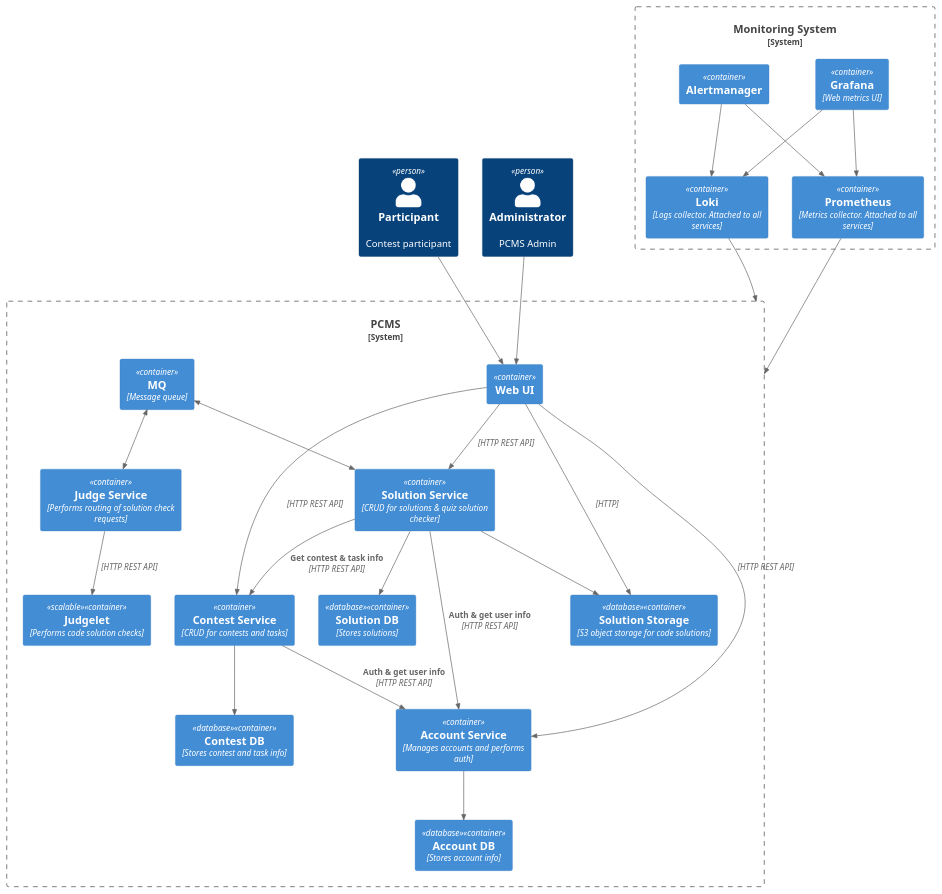
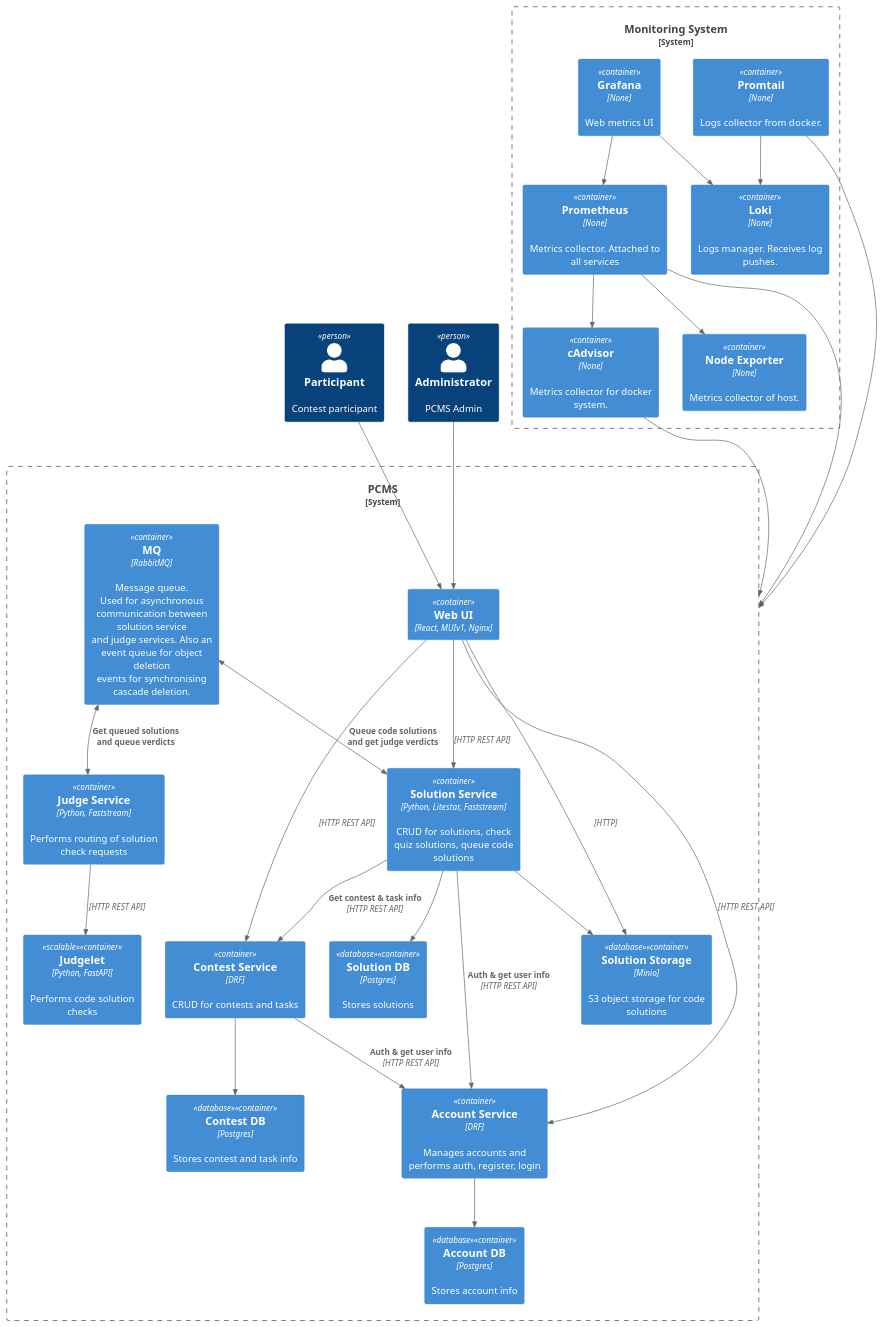
The diagram in docs/arch/containers.puml (Tapeline/Dockingjudge), drawn with PlantUML before and after one commit. The commit also changed 10 other files, not shown here.

```diff
--- a/docs/arch/containers.puml
+++ b/docs/arch/containers.puml
@@ -1,71 +1,77 @@
 @startuml
 !include <C4/C4_Container>
 System_Boundary(PCMS,"PCMS"){
-    Container(Web_UI, "Web UI", "",$tags="")
-    Container(Account_Service, "Account Service", "Manages accounts and performs auth",$tags="")
-    Container(Account_DB, "Account DB", "Stores account info",$tags="database")
-    Container(Contest_Service, "Contest Service", "CRUD for contests and tasks",$tags="")
-    Container(Contest_DB, "Contest DB", "Stores contest and task info",$tags="database")
-    Container(Solution_Service, "Solution Service", "CRUD for solutions & quiz solution checker",$tags="")
-    Container(Solution_DB, "Solution DB", "Stores solutions",$tags="database")
-    Container(Solution_Storage, "Solution Storage", "S3 object storage for code solutions",$tags="database")
-    Container(MQ, "MQ", "Message queue",$tags="")
-    Container(Judge_Service, "Judge Service", "Performs routing of solution check requests",$tags="")
-    Container(Judgelet, "Judgelet", "Performs code solution checks",$tags="scalable")
+    Container(Web_UI, "Web UI", "",$tags="",$techn="React, MUIv1, Nginx")
+    Container(Account_Service, "Account Service", "Manages accounts and performs auth, register, login",$tags="",$techn="DRF")
+    Container(Account_DB, "Account DB", "Stores account info",$tags="database",$techn="Postgres")
+    Container(Contest_Service, "Contest Service", "CRUD for contests and tasks",$tags="",$techn="DRF")
+    Container(Contest_DB, "Contest DB", "Stores contest and task info",$tags="database",$techn="Postgres")
+    Container(Solution_Service, "Solution Service", "CRUD for solutions, check quiz solutions, queue code solutions",$tags="",$techn="Python, Litestar, Faststream")
+    Container(Solution_DB, "Solution DB", "Stores solutions",$tags="database",$techn="Postgres")
+    Container(Solution_Storage, "Solution Storage", "S3 object storage for code solutions",$tags="database",$techn="Minio")
+    Container(MQ, "MQ", "Message queue.\nUsed for asynchronous communication between solution service\nand judge services. Also an event queue for object deletion\nevents for synchronising cascade deletion.",$tags="",$techn="RabbitMQ")
+    Container(Judge_Service, "Judge Service", "Performs routing of solution check requests",$tags="",$techn="Python, Faststream")
+    Container(Judgelet, "Judgelet", "Performs code solution checks",$tags="scalable",$techn="Python, FastAPI")
 }
 
 System_Boundary(Monitoring_System,"Monitoring System"){
-    Container(Loki, "Loki", "Logs collector. Attached to all services",$tags="")
-    Container(Prometheus, "Prometheus", "Metrics collector. Attached to all services",$tags="")
-    Container(Grafana, "Grafana", "Web metrics UI",$tags="")
-    Container(Alertmanager, "Alertmanager", "",$tags="")
+    Container(Promtail, "Promtail", "Logs collector from docker.",$tags="",$techn="None")
+    Container(Loki, "Loki", "Logs manager. Receives log pushes.",$tags="",$techn="None")
+    Container(cAdvisor, "cAdvisor", "Metrics collector for docker system.",$tags="",$techn="None")
+    Container(Node_Exporter, "Node Exporter", "Metrics collector of host.",$tags="",$techn="None")
+    Container(Prometheus, "Prometheus", "Metrics collector. Attached to all services",$tags="",$techn="None")
+    Container(Grafana, "Grafana", "Web metrics UI",$tags="",$techn="None")
 }
 
 Person(Participant, "Participant", "Contest participant",$tags="")
 
 Person(Administrator, "Administrator", "PCMS Admin",$tags="")
 
 Rel(Participant, Web_UI, "","")
 
 Rel(Administrator, Web_UI, "","")
 
 Rel(Web_UI, Account_Service, "","HTTP REST API")
 
 Rel(Web_UI, Contest_Service, "","HTTP REST API")
 
 Rel(Web_UI, Solution_Service, "","HTTP REST API")
 
 Rel(Web_UI, Solution_Storage, "","HTTP")
 
 Rel(Account_Service, Account_DB, "","")
 
 Rel(Contest_Service, Account_Service, "Auth & get user info","HTTP REST API")
 
 Rel(Contest_Service, Contest_DB, "","")
 
 Rel(Solution_Service, Account_Service, "Auth & get user info","HTTP REST API")
 
 Rel(Solution_Service, Contest_Service, "Get contest & task info","HTTP REST API")
 
 Rel(Solution_Service, Solution_DB, "","")
 
 Rel(Solution_Service, Solution_Storage, "","")
 
-BiRel(MQ, Solution_Service, "","")
+BiRel(MQ, Solution_Service, "Queue code solutions and get judge verdicts","")
 
-BiRel(MQ, Judge_Service, "","")
+BiRel(MQ, Judge_Service, "Get queued solutions and queue verdicts","")
 
 Rel(Judge_Service, Judgelet, "","HTTP REST API")
 
-Rel(Loki, PCMS, "","")
+Rel(Promtail, Loki, "","")
+
+Rel(Promtail, PCMS, "","")
+
+Rel(cAdvisor, PCMS, "","")
+
+Rel(Prometheus, cAdvisor, "","")
 
 Rel(Prometheus, PCMS, "","")
+
+Rel(Prometheus, Node_Exporter, "","")
 
 Rel(Grafana, Loki, "","")
 
 Rel(Grafana, Prometheus, "","")
-
-Rel(Alertmanager, Loki, "","")
-
-Rel(Alertmanager, Prometheus, "","")
 @enduml
```
